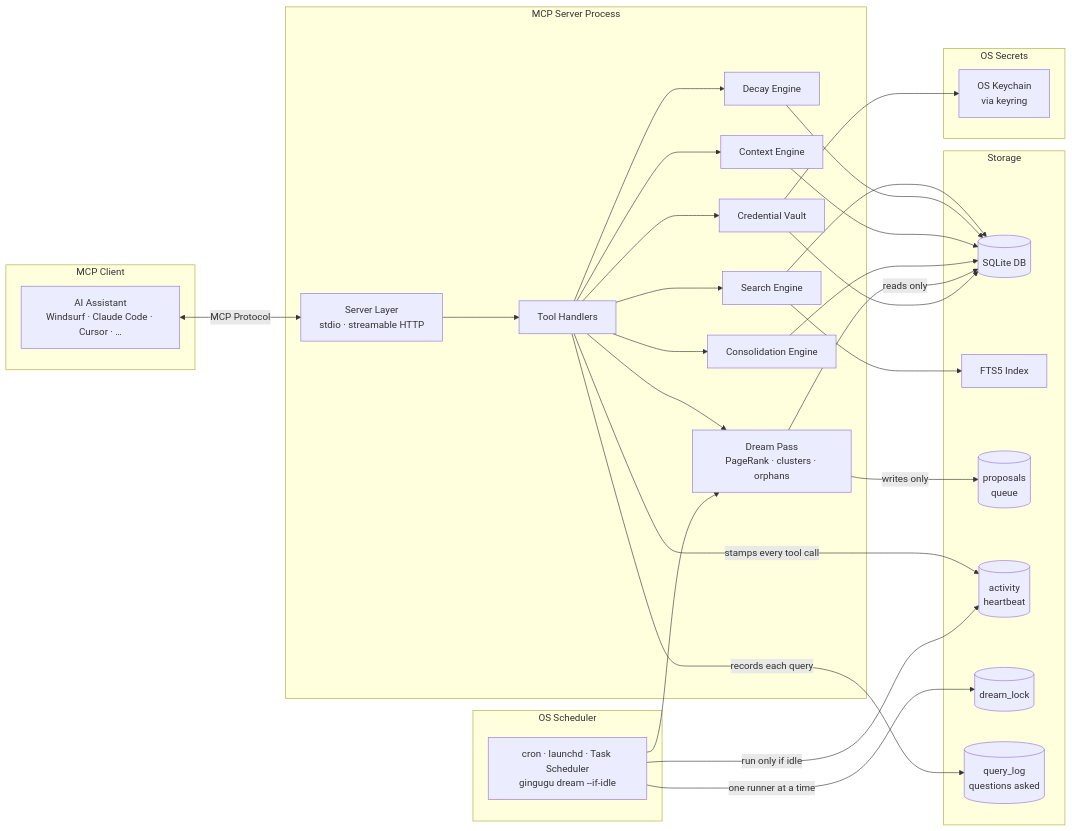
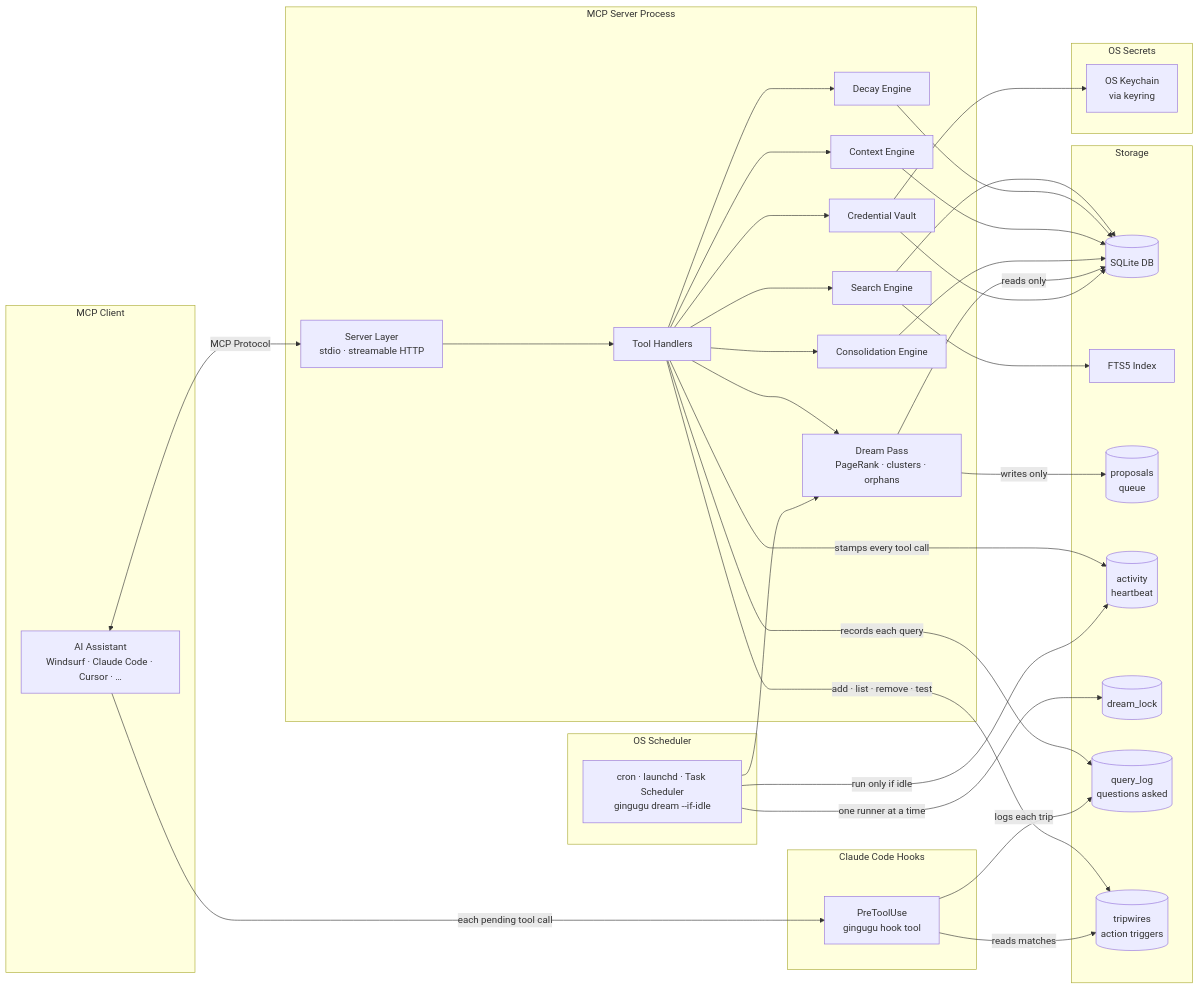
The diagram in docs/architecture.md (gingugu/gingugu), drawn with Mermaid before and after one commit. The commit also changed other lines of this file and 9 other files, not shown here.

First line of the commit message:
docs: tripwires across .ai, architecture, README, CHANGELOG, AGENTS

````diff
--- a/docs/architecture.md
+++ b/docs/architecture.md
@@ -18,57 +18,66 @@
 ```mermaid
 graph LR
     subgraph MCP Client
         A[AI Assistant<br/>Windsurf · Claude Code · Cursor · …]
     end
 
     subgraph MCP Server Process
         B[Server Layer<br/>stdio · streamable HTTP]
         C[Tool Handlers]
         D[Search Engine]
         E[Decay Engine]
         F[Context Engine]
         G[Consolidation Engine]
         L[Dream Pass<br/>PageRank · clusters · orphans]
         K[Credential Vault]
     end
 
+    subgraph Claude Code Hooks
+        Y[PreToolUse<br/>gingugu hook tool]
+    end
+
     subgraph OS Scheduler
         S[cron · launchd · Task Scheduler<br/>gingugu dream --if-idle]
     end
 
     subgraph Storage
         H[(SQLite DB)]
         I[FTS5 Index]
         P[(proposals<br/>queue)]
         Q[(activity<br/>heartbeat)]
         R[(dream_lock)]
         T[(query_log<br/>questions asked)]
+        W[(tripwires<br/>action triggers)]
     end
 
     subgraph OS Secrets
         J[OS Keychain<br/>via keyring]
     end
 
     A <-->|MCP Protocol| B
     B --> C
     C --> D
     C --> E
     C --> F
     C --> G
     C --> L
     C --> K
     D --> H
     D --> I
     E --> H
     F --> H
     G --> H
     L -->|reads only| H
     L -->|writes only| P
     K --> H
     K --> J
     C -->|stamps every tool call| Q
     C -->|records each query| T
+    C -->|add · list · remove · test| W
+    A -->|each pending tool call| Y
+    Y -->|reads matches| W
+    Y -->|logs each trip| T
     S -->|run only if idle| Q
     S -->|one runner at a time| R
     S --> L
 ```
````
